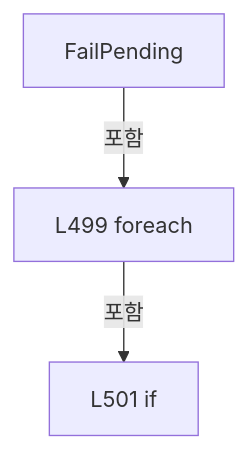
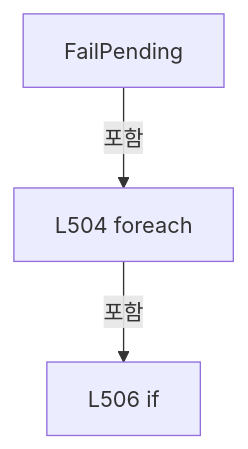
Diagram 18 of 40 in A3 LD Code Ref/files/Drilling.Common/Interface/Vision/CVisionComm.cs.md (kjuws10-rgb/Shared), drawn with Mermaid before and after one commit. The commit also changed other lines of this file and 2071 other files, not shown here.

Commit message:
docs(a3): update 11.19.0 architecture and code reference

````diff
--- a/A3 LD Code Ref/files/Drilling.Common/Interface/Vision/CVisionComm.cs.md
+++ b/A3 LD Code Ref/files/Drilling.Common/Interface/Vision/CVisionComm.cs.md
@@ -2151,8 +2151,8 @@
 ```mermaid
 flowchart TD
  M["FailPending"]
- N0["L499 foreach"]
+ N0["L504 foreach"]
  M -->|포함| N0
- N1["L501 if"]
+ N1["L506 if"]
  N0 -->|포함| N1
 ```
````
